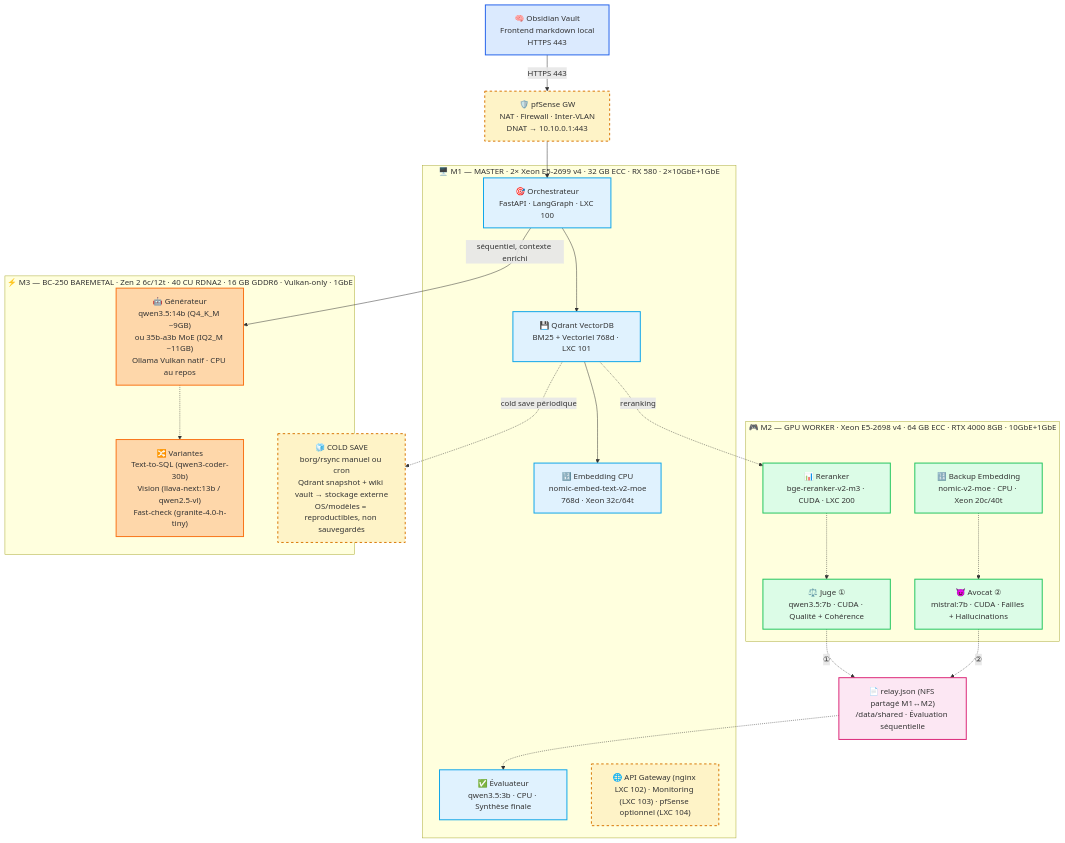
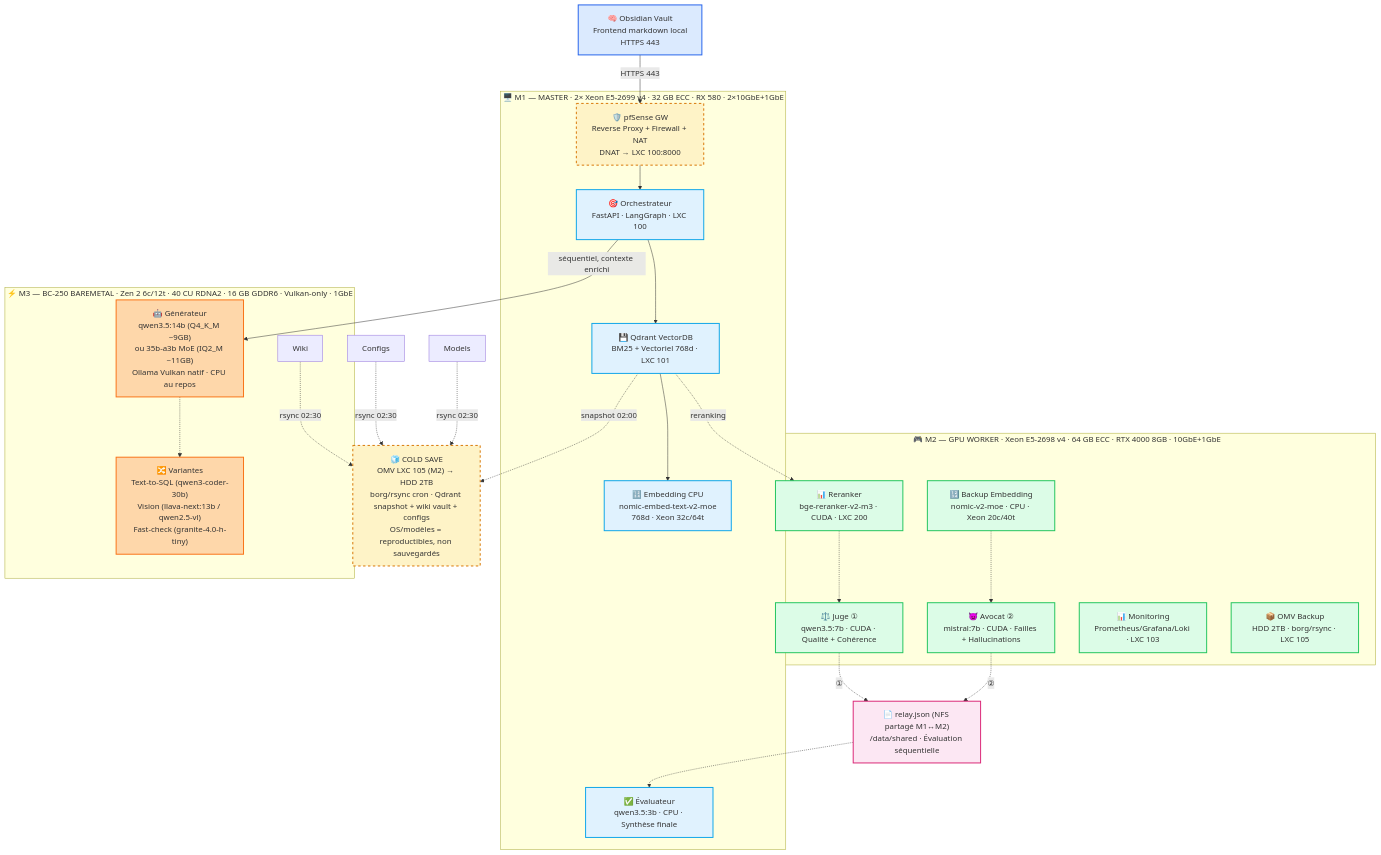
One commit to chelmooz/rag-multi-agent-cluster changed the first of 6 diagrams in README.md. Above: the diagram before and after it, drawn with Mermaid. The commit also changed other lines of this file and 6 other files, not shown here.

Commit message:
docs: backup OMV restauré M2 LXC 105 (HDD 2TB) + diagrams & backlog à jour, nginx retiré (pfSense reverse proxy)

````diff
--- a/README.md
+++ b/README.md
@@ -67,51 +67,56 @@
 ```mermaid
 flowchart TB
     classDef frontend fill:#dbeafe,stroke:#2563eb,stroke-width:2px
     classDef m1 fill:#e0f2fe,stroke:#0ea5e9,stroke-width:2px
     classDef m2 fill:#dcfce7,stroke:#22c55e,stroke-width:2px
     classDef m3 fill:#fed7aa,stroke:#f97316,stroke-width:2px
     classDef relay fill:#fce7f3,stroke:#db2777,stroke-width:2px
     classDef backup fill:#fef3c7,stroke:#d97706,stroke-width:2px,stroke-dasharray: 5 5
 
     Client["🧠 Obsidian Vault<br/>Frontend markdown local<br/>HTTPS 443"]:::frontend
     GW["🛡️ pfSense GW<br/>NAT · Firewall · Inter-VLAN<br/>DNAT → 10.10.0.1:443"]:::backup
 
-    subgraph M1["🖥️ M1 — MASTER · 2× Xeon E5-2699 v4 · 32 GB ECC · RX 580 · 2×10GbE+1GbE"]
+subgraph M1["🖥️ M1 — MASTER · 2× Xeon E5-2699 v4 · 32 GB ECC · RX 580 · 2×10GbE+1GbE"]
         Orch["🎯 Orchestrateur<br/>FastAPI · LangGraph · LXC 100"]:::m1
         Qdrant["💾 Qdrant VectorDB<br/>BM25 + Vectoriel 768d · LXC 101"]:::m1
         Embed["🔢 Embedding CPU<br/>nomic-embed-text-v2-moe<br/>768d · Xeon 32c/64t"]:::m1
         Eval["✅ Évaluateur<br/>qwen3.5:3b · CPU · Synthèse finale"]:::m1
-        Gate["🌐 API Gateway (nginx LXC 102) · Monitoring (LXC 103) · pfSense optionnel (LXC 104)"]:::backup
+        GW["🛡️ pfSense GW<br/>Reverse Proxy + Firewall + NAT<br/>DNAT → LXC 100:8000"]:::backup
     end
 
-    subgraph M2["🎮 M2 — GPU WORKER · Xeon E5-2698 v4 · 64 GB ECC · RTX 4000 8GB · 10GbE+1GbE"]
+subgraph M2["🎮 M2 — GPU WORKER · Xeon E5-2698 v4 · 64 GB ECC · RTX 4000 8GB · 10GbE+1GbE"]
         Rerank["📊 Reranker<br/>bge-reranker-v2-m3 · CUDA · LXC 200"]:::m2
         Judge["⚖️ Juge ①<br/>qwen3.5:7b · CUDA · Qualité + Cohérence"]:::m2
         Advocate["😈 Avocat ②<br/>mistral:7b · CUDA · Failles + Hallucinations"]:::m2
         BackupEmbed["🔢 Backup Embedding<br/>nomic-v2-moe · CPU · Xeon 20c/40t"]:::m2
+        Monitoring["📊 Monitoring<br/>Prometheus/Grafana/Loki · LXC 103"]:::m2
+        OMV["📦 OMV Backup<br/>HDD 2TB · borg/rsync · LXC 105"]:::m2
     end
 
     subgraph M3["⚡ M3 — BC-250 BAREMETAL · Zen 2 6c/12t · 40 CU RDNA2 · 16 GB GDDR6 · Vulkan-only · 1GbE"]
         Gen["🤖 Générateur<br/>qwen3.5:14b (Q4_K_M ~9GB)<br/>ou 35b-a3b MoE (IQ2_M ~11GB)<br/>Ollama Vulkan natif · CPU au repos"]:::m3
         Variants["🔀 Variantes<br/>Text-to-SQL (qwen3-coder-30b)<br/>Vision (llava-next:13b / qwen2.5-vl)<br/>Fast-check (granite-4.0-h-tiny)"]:::m3
     end
 
-    Relay["📄 relay.json (NFS partagé M1↔M2)<br/>/data/shared · Évaluation séquentielle"]:::relay
-    Cold["🧊 COLD SAVE<br/>borg/rsync manuel ou cron<br/>Qdrant snapshot + wiki vault → stockage externe<br/>OS/modèles = reproductibles, non sauvegardés"]:::backup
+Relay["📄 relay.json (NFS partagé M1↔M2)<br/>/data/shared · Évaluation séquentielle"]:::relay
+    Cold["🧊 COLD SAVE<br/>OMV LXC 105 (M2) → HDD 2TB<br/>borg/rsync cron · Qdrant snapshot + wiki vault + configs<br/>OS/modèles = reproductibles, non sauvegardés"]:::backup
 
     Client -->|HTTPS 443| GW --> Orch
     Orch --> Qdrant --> Embed
     Orch -->|séquentiel, contexte enrichi| Gen
     Gen -.-> Variants
     Qdrant -.->|reranking| Rerank
     Rerank -.-> Judge
     Judge -.->|①| Relay
     Advocate -.->|②| Relay
     Relay -.-> Eval
     BackupEmbed -.-> Advocate
-    Qdrant -.->|cold save périodique| Cold
+    Qdrant -.->|snapshot 02:00| Cold
+    Wiki -.->|rsync 02:30| Cold
+    Configs -.->|rsync 02:30| Cold
+    Models -.->|rsync 02:30| Cold
 
     %% RÈGLE D'OR BC-250 : le CPU est le serviteur du GPU.
     %% Toute charge CPU = vol de bande passante mémoire au Générateur 14B.
     %% Embedding = M1 CPU (principal) / M2 CPU (backup).
 ```
````
